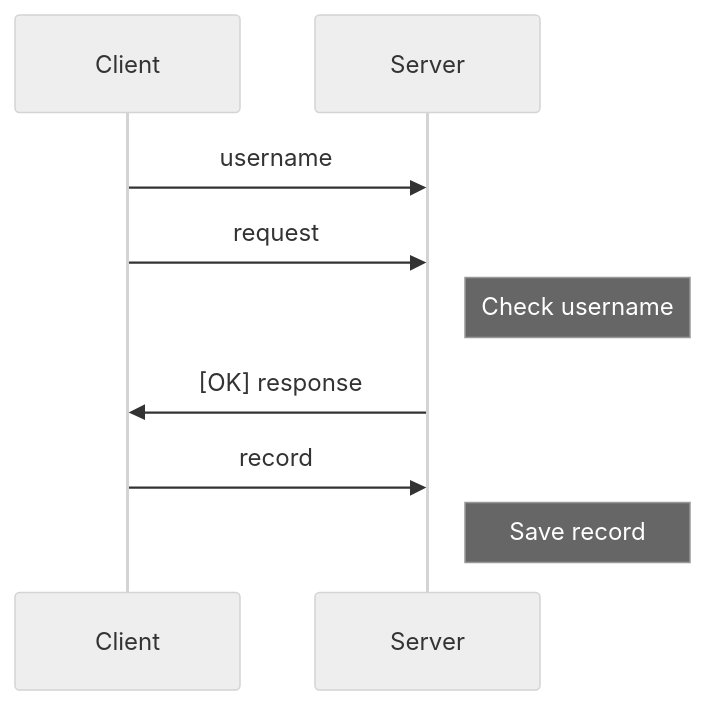
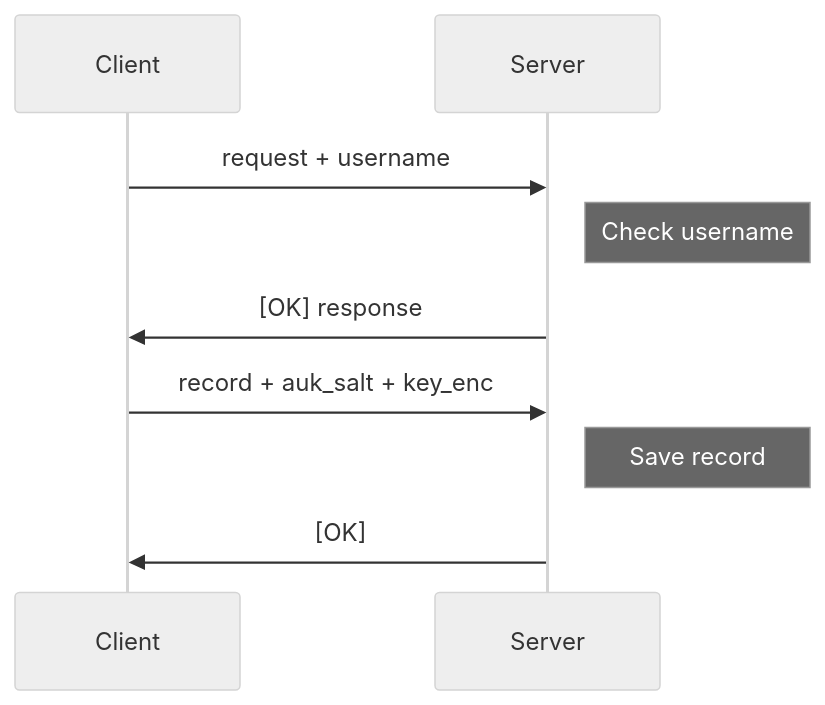
One commit to PhotonicGluon/Excalibur changed the first of 2 diagrams in server/OPAQUE.md. Above: the diagram before and after it, drawn with Mermaid (neutral theme). The commit also changed other lines of this file and 4 other files, not shown here.

````diff
--- a/server/OPAQUE.md
+++ b/server/OPAQUE.md
@@ -5,12 +5,12 @@
 ```mermaid
 sequenceDiagram
     participant C as Client
     participant S as Server
 
-    C->>S: username
-    C->>S: request
+    C->>S: request + username
     Note right of S: Check username
     S->>C: [OK] response
-    C->>S: record
+    C->>S: record + auk_salt + key_enc
     Note right of S: Save record
+    S->>C: [OK]
 ```
````
